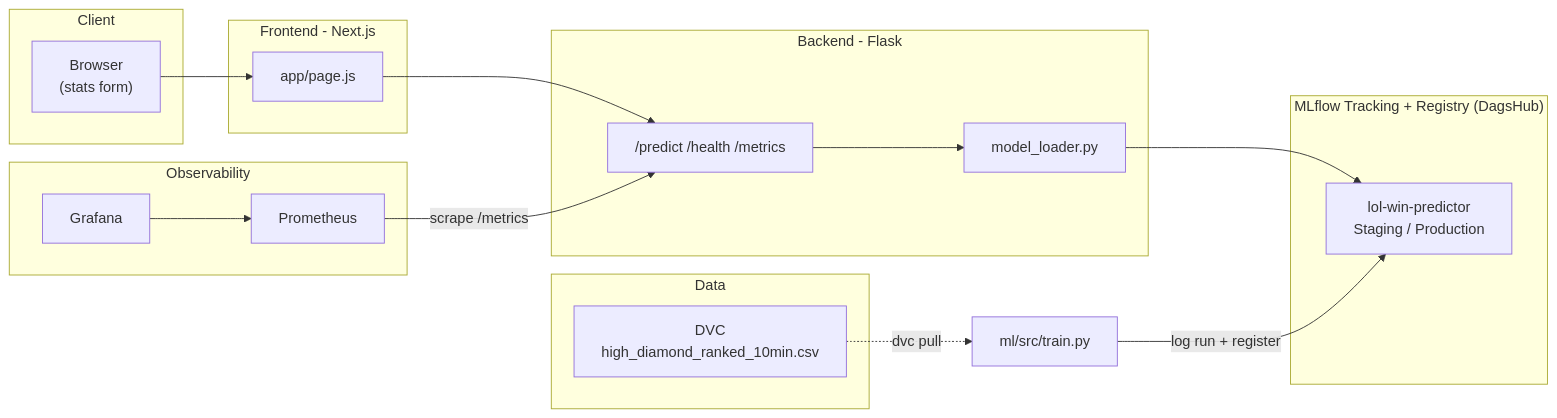
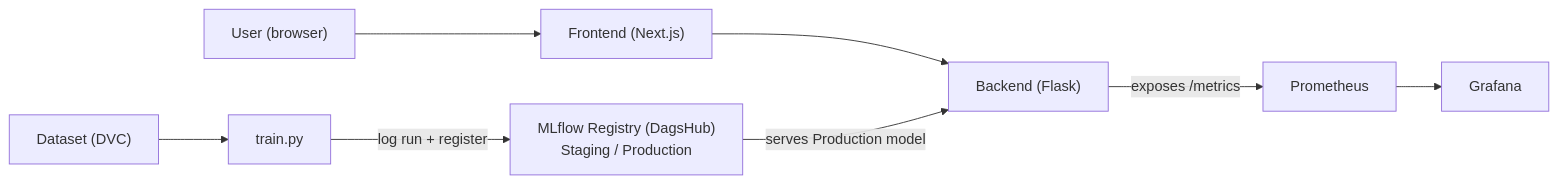
The diagram in README.md (wassimdjenane344/league-win-predictor), drawn with Mermaid before and after one commit. The commit also changed other lines of this file, not shown here.

````diff
--- a/README.md
+++ b/README.md
@@ -38,35 +16,7 @@
 ```mermaid
 flowchart LR
-    subgraph Client
-        Browser["Browser\n(stats form)"]
-    end
-
-    subgraph Frontend["Frontend - Next.js"]
-        UI["app/page.js"]
-    end
-
-    subgraph Backend["Backend - Flask"]
-        API["/predict /health /metrics"]
-        Loader["model_loader.py"]
-    end
-
-    subgraph MLflow["MLflow Tracking + Registry (DagsHub)"]
-        Reg["lol-win-predictor\nStaging / Production"]
-    end
-
-    subgraph Data["Data"]
-        DVC["DVC\nhigh_diamond_ranked_10min.csv"]
-    end
-
-    subgraph Obs["Observability"]
-        Prom["Prometheus"]
-        Graf["Grafana"]
-    end
-
-    Browser --> UI --> API
-    API --> Loader --> Reg
-    DVC -.->|"dvc pull"| Train["ml/src/train.py"]
-    Train -->|"log run + register"| Reg
-    Prom -->|"scrape /metrics"| API
-    Graf --> Prom
+    User["User (browser)"] --> FE["Frontend (Next.js)"] --> BE["Backend (Flask)"]
+    Reg["MLflow Registry (DagsHub)\nStaging / Production"] -->|serves Production model| BE
+    Data["Dataset (DVC)"] --> Train["train.py"] -->|log run + register| Reg
+    BE -->|exposes /metrics| Prom["Prometheus"] --> Graf["Grafana"]
 ```
````
